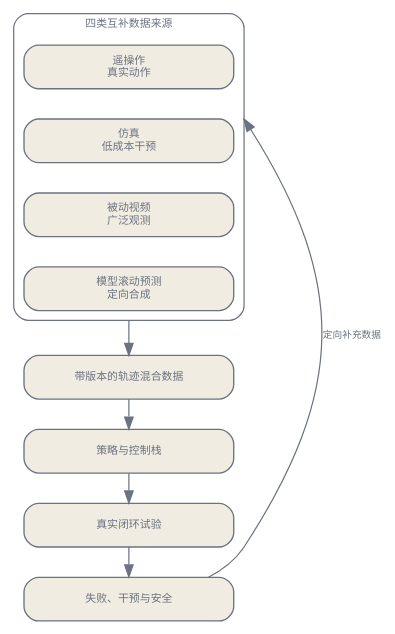
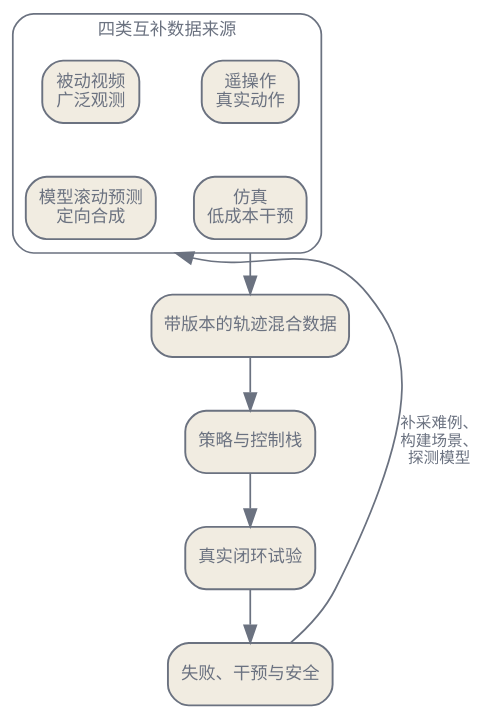
The second of 2 diagrams in zh/generative/05-beyond-text.qmd (latere-ai/ai-as-an-infrastructure), drawn with Graphviz before and after one commit. The commit also changed other lines of this file and 6 other files, not shown here.

Commit message:
generative: world-model and embodied data loops share one layout in both languages, control-target chart removed

````diff
--- a/zh/generative/05-beyond-text.qmd
+++ b/zh/generative/05-beyond-text.qmd
@@ -222,30 +220,31 @@
 ```{dot}
 //| label: fig-embodied-data-loop
 //| fig-cap: "具身数据循环以真实试验为锚点。遥操作、仿真、被动视频和模型滚动预测提供不同信号；只有闭环评测才能说明训练后的策略能否承受自身动作带来的后果。"
 digraph {
   bgcolor="transparent";
   rankdir=TB;
   newrank=true;
   compound=true;
-  size="3.1,10.0";
-  ratio=compress;
-  nodesep=0.24; ranksep=0.34;
-  node [shape=box, style="rounded,filled", width=2.4, fontname="Helvetica", fontsize=9, color="#6b7280", fontcolor="#6b7280", fillcolor="#f1ece1", penwidth=1.1];
-  edge [fontsize=8, fontname="Helvetica", color="#6b7280", fontcolor="#6b7280"];
+  nodesep=0.3; ranksep=0.4;
+  node [shape=box, style="rounded,filled", fontname="Helvetica", fontsize=10, color="#6b7280", fontcolor="#6b7280", fillcolor="#f1ece1", penwidth=1.1];
+  edge [fontsize=9, fontname="Helvetica", color="#6b7280", fontcolor="#6b7280"];
   subgraph cluster_sources {
-    label="四类互补数据来源"; style=rounded; color="#6b7280"; fontcolor="#6b7280"; fontsize=9;
+    label="四类互补数据来源"; style=rounded; color="#6b7280"; fontcolor="#6b7280"; fontsize=10;
     teleop [label="遥操作\n真实动作"];
+    video [label="被动视频\n广泛观测"];
     simulation [label="仿真\n低成本干预"];
-    video [label="被动视频\n广泛观测"];
     rollout [label="模型滚动预测\n定向合成"];
-    teleop -> simulation -> video -> rollout [style=invis, weight=10];
+    { rank=same; teleop; video; }
+    { rank=same; simulation; rollout; }
+    teleop -> simulation [style=invis];
+    video -> rollout [style=invis];
   }
   dataset [label="带版本的轨迹混合数据"];
   policy [label="策略与控制栈"];
   trials [label="真实闭环试验"];
   audit [label="失败、干预与安全"];
-  rollout -> dataset [ltail=cluster_sources];
+  simulation -> dataset [ltail=cluster_sources];
   dataset -> policy -> trials -> audit;
-  audit -> teleop [lhead=cluster_sources, label="定向补充数据", constraint=false];
+  audit -> rollout [lhead=cluster_sources, label="补采难例、\n构建场景、\n探测模型", constraint=false];
 }
 ```
````
